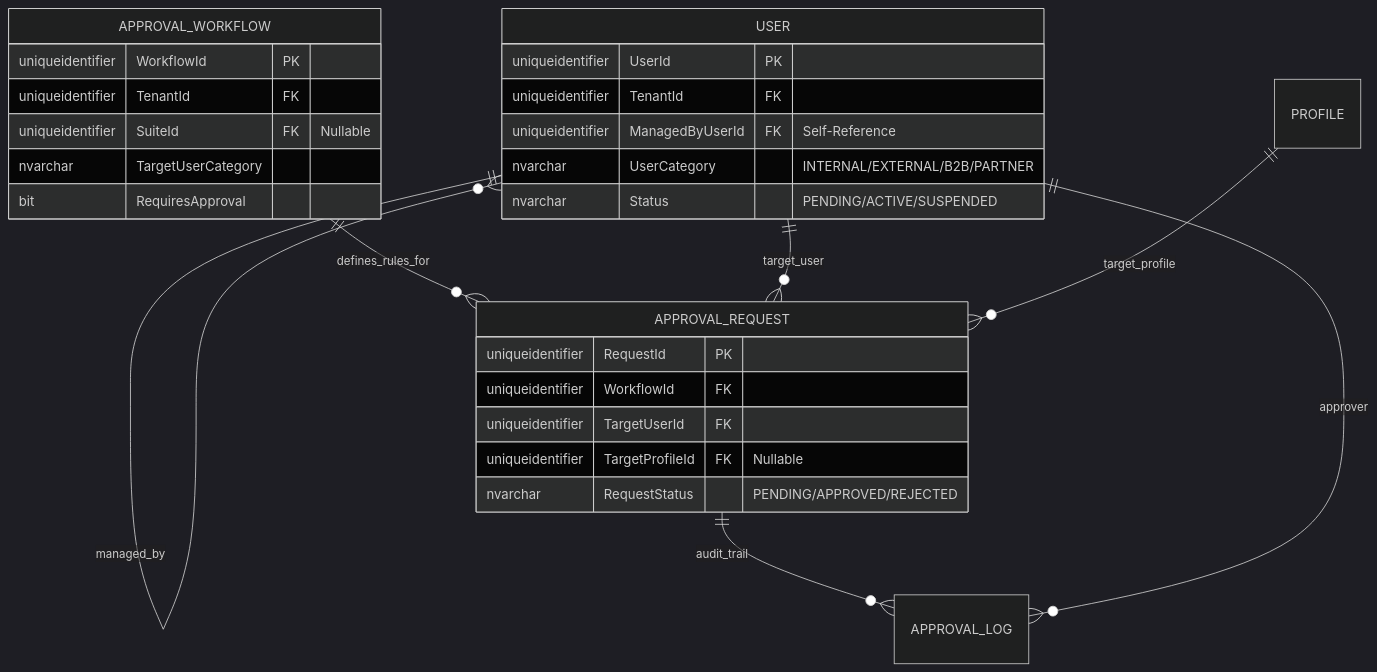
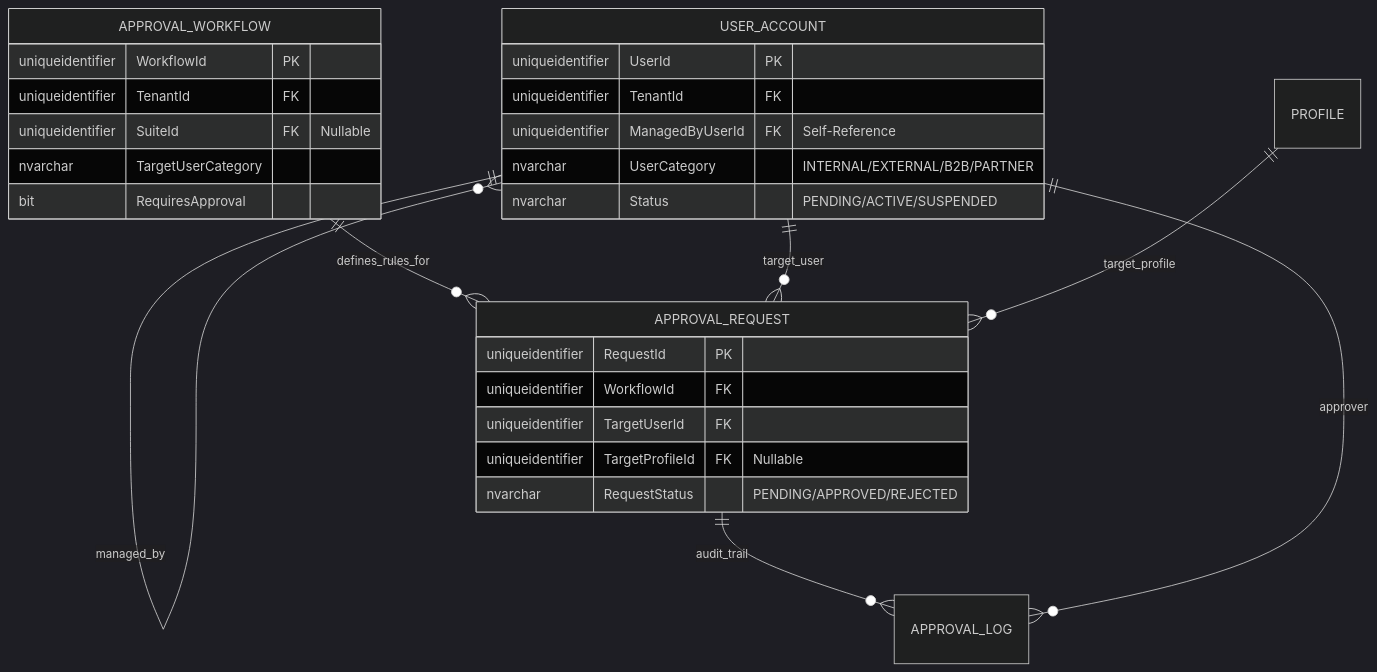
Before and after one commit to beyondnetcode/ums: the fourth of 4 diagrams in architecture/blueprints/database-design-er.md, drawn with Mermaid (dark theme). The commit also changed other lines of this file and 2 other files, not shown here.

Commit message:
fix(auth): unify user table naming to USER_ACCOUNT to resolve reference errors

````diff
--- a/architecture/blueprints/database-design-er.md
+++ b/architecture/blueprints/database-design-er.md
@@ -132,33 +132,33 @@
 ```mermaid
 erDiagram
-    USER ||--o{ USER : "managed_by"
+    USER_ACCOUNT ||--o{ USER_ACCOUNT : "managed_by"
     APPROVAL_WORKFLOW ||--o{ APPROVAL_REQUEST : "defines_rules_for"
     APPROVAL_REQUEST ||--o{ APPROVAL_LOG : "audit_trail"
-    USER ||--o{ APPROVAL_REQUEST : "target_user"
-    USER ||--o{ APPROVAL_LOG : "approver"
+    USER_ACCOUNT ||--o{ APPROVAL_REQUEST : "target_user"
+    USER_ACCOUNT ||--o{ APPROVAL_LOG : "approver"
     PROFILE ||--o{ APPROVAL_REQUEST : "target_profile"
     
-    USER {
+    USER_ACCOUNT {
         uniqueidentifier UserId PK
         uniqueidentifier TenantId FK
         uniqueidentifier ManagedByUserId FK "Self-Reference"
         nvarchar UserCategory "INTERNAL/EXTERNAL/B2B/PARTNER"
         nvarchar Status "PENDING/ACTIVE/SUSPENDED"
     }
     
     APPROVAL_WORKFLOW {
         uniqueidentifier WorkflowId PK
         uniqueidentifier TenantId FK
         uniqueidentifier SuiteId FK "Nullable"
         nvarchar TargetUserCategory
         bit RequiresApproval
     }
     
     APPROVAL_REQUEST {
         uniqueidentifier RequestId PK
         uniqueidentifier WorkflowId FK
         uniqueidentifier TargetUserId FK
         uniqueidentifier TargetProfileId FK "Nullable"
         nvarchar RequestStatus "PENDING/APPROVED/REJECTED"
     }
 ```
````
